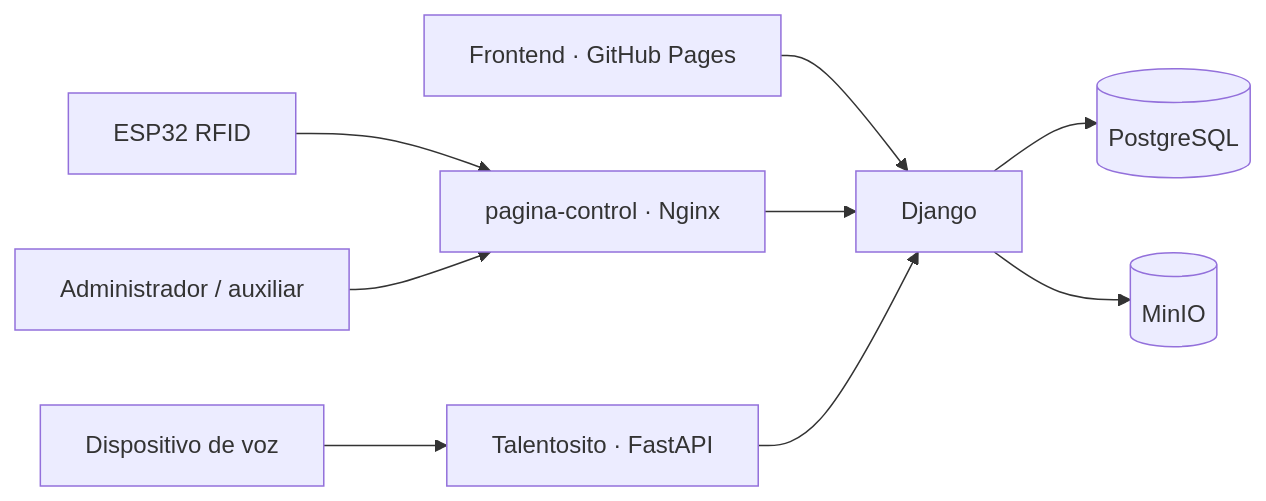
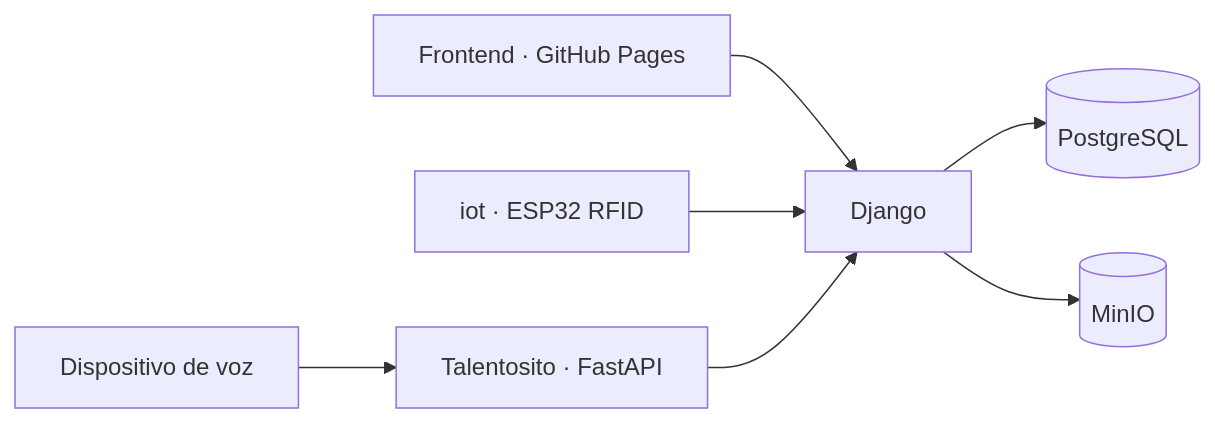
One commit to pierotoscano1496/et-talent-smart changed the diagram in frontend/specs/arquitectura_sistema.md. Above: the diagram before and after it, drawn with Mermaid. The commit also changed other lines of this file and 34 other files, not shown here.

Commit message:
pagina-control -> iot

````diff
--- a/frontend/specs/arquitectura_sistema.md
+++ b/frontend/specs/arquitectura_sistema.md
@@ -41,11 +41,9 @@
 ```mermaid
 flowchart LR
   Web[Frontend · GitHub Pages] --> API[Django]
-  RFID[ESP32 RFID] --> Panel[pagina-control · Nginx]
-  Aux[Administrador / auxiliar] --> Panel
-  Panel --> API
+  RFID[iot · ESP32 RFID] --> API
   Voz[Dispositivo de voz] --> Tal[Talentosito · FastAPI]
   Tal --> API
   API --> DB[(PostgreSQL)]
   API --> Files[(MinIO)]
 ```
````
